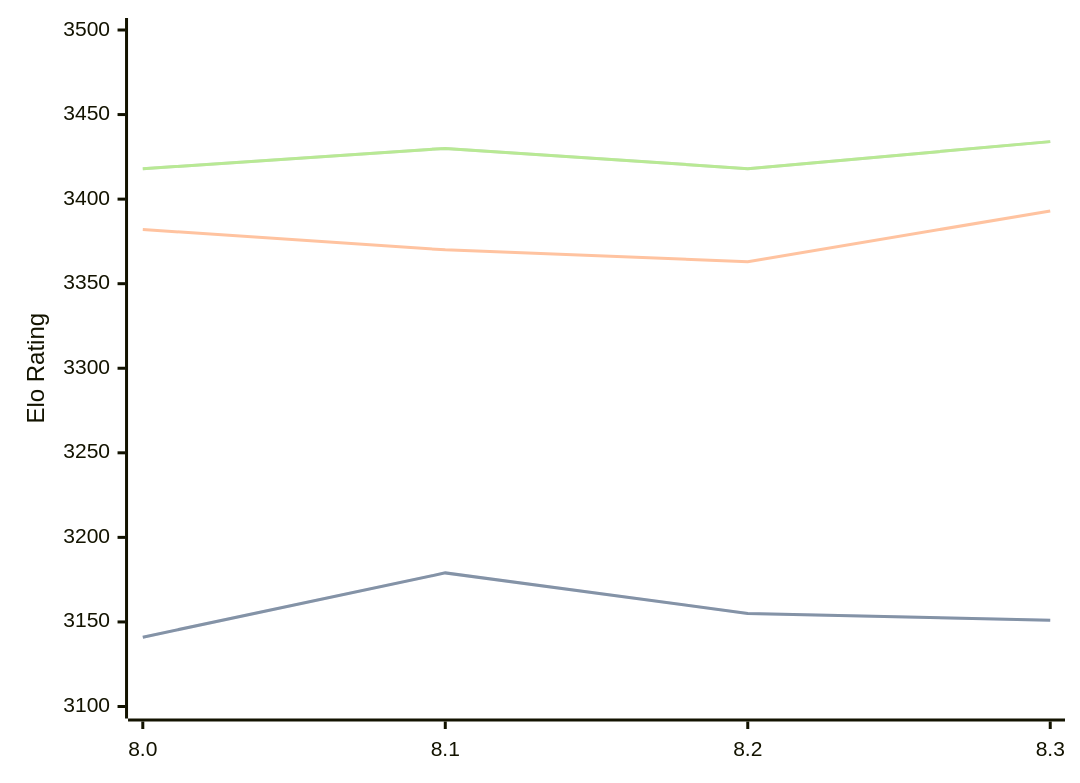
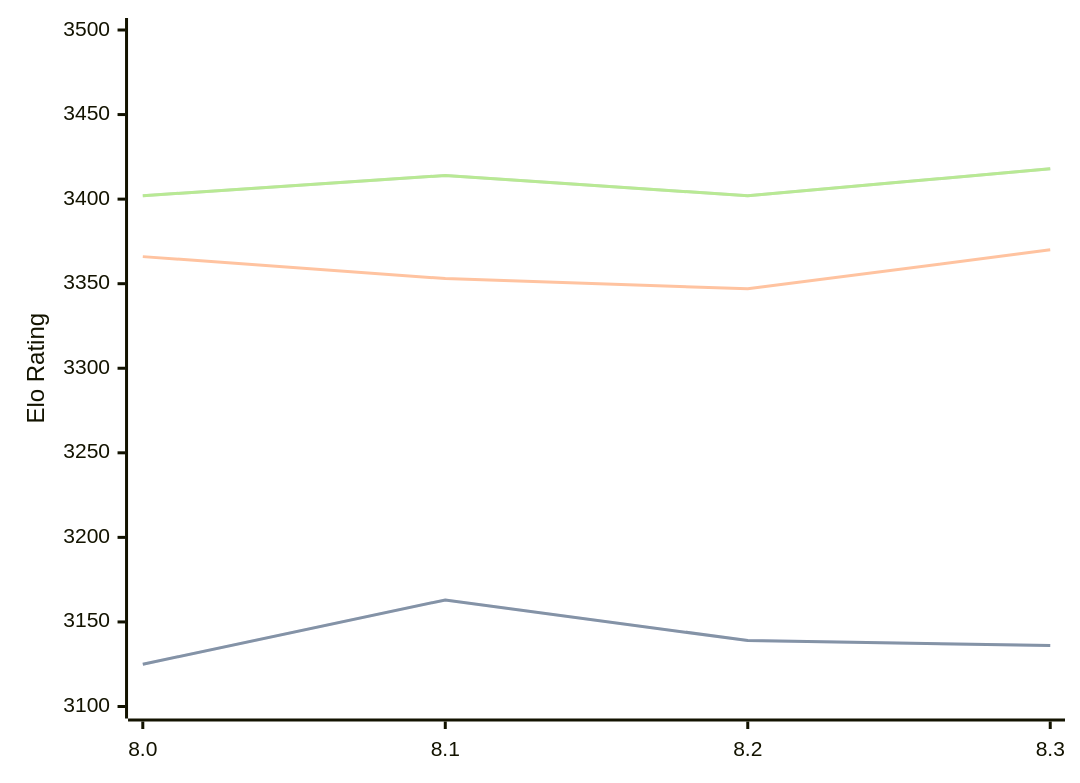
The diagram in engines/Alexander.md (computer-chess-index/cci), drawn with Mermaid before and after one commit. The commit also changed other lines of this file, not shown here.

Commit message:
Update CCI Ratings (ELO VLTC) - 2026-05-20

````diff
--- a/engines/Alexander.md
+++ b/engines/Alexander.md
@@ -48,11 +48,11 @@
 ```mermaid
 %%{init: {"theme":"base","themeVariables":{"seriesColors:['#a3a3a3','#222221','#faa371']}}}%%
 xychart-beta
   x-axis ["8.0", "8.1", "8.2", "8.3"]
   y-axis "Elo Rating" 3100 --> 3500
-  line "STC (8.0+0.08s)" [3141, 3179, 3155, 3151]
-  line "STC (8.0+0.08s)" [3141, 3179, 3155, 3151]
-  line "LTC (60.0+0.60s)" [3382, 3370, 3363, 3393]
-  line "VLTC (2m24s+1.12s)" [3418, 3430, 3418, 3434]
-  line "VLTC (2m24s+1.12s)" [3418, 3430, 3418, 3434]
+  line "STC (8.0+0.08s)" [3125, 3163, 3139, 3136]
+  line "STC (8.0+0.08s)" [3125, 3163, 3139, 3136]
+  line "LTC (60.0+0.60s)" [3366, 3353, 3347, 3370]
+  line "VLTC (2m24s+1.12s)" [3402, 3414, 3402, 3418]
+  line "VLTC (2m24s+1.12s)" [3402, 3414, 3402, 3418]
 ```
````
